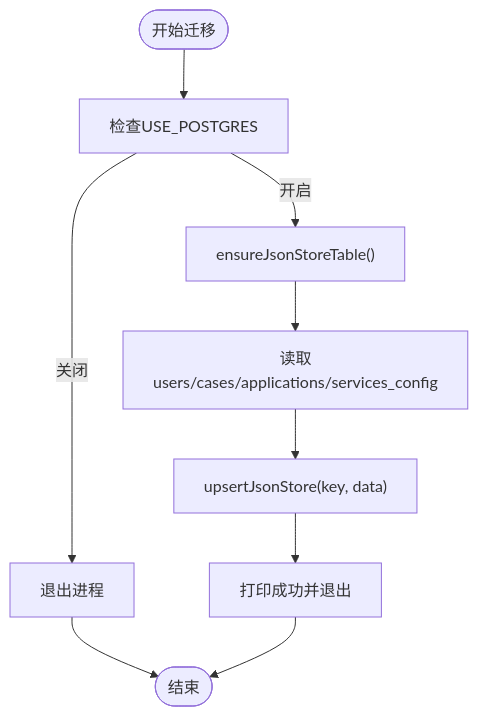
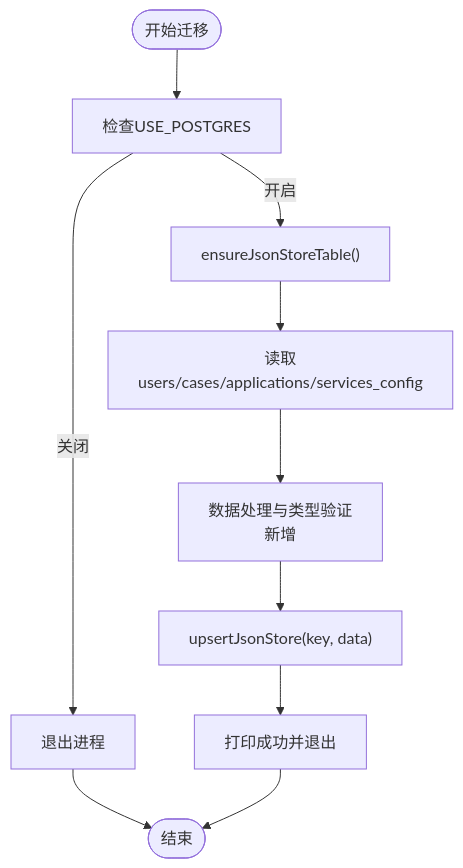
Before and after one commit to Giraffe-Han/microAPP: the fifth of 6 diagrams in .qoder/repowiki/zh/content/后端服务架构/数据存储系统/PostgreSQL数据库集成.md, drawn with Mermaid. The commit also changed other lines of this file and 42 other files, not shown here.

````diff
--- a/.qoder/repowiki/zh/content/后端服务架构/数据存储系统/PostgreSQL数据库集成.md
+++ b/.qoder/repowiki/zh/content/后端服务架构/数据存储系统/PostgreSQL数据库集成.md
@@ -211,11 +222,12 @@
 ```mermaid
 flowchart TD
 MStart(["开始迁移"]) --> CheckFlag["检查USE_POSTGRES"]
 CheckFlag --> |关闭| Abort["退出进程"]
 CheckFlag --> |开启| EnsureTbl["ensureJsonStoreTable()"]
 EnsureTbl --> ReadFiles["读取users/cases/applications/services_config"]
-ReadFiles --> Upsert["upsertJsonStore(key, data)"]
+ReadFiles --> ProcessData["数据处理与类型验证<br/>新增"]
+ProcessData --> Upsert["upsertJsonStore(key, data)"]
 Upsert --> Done["打印成功并退出"]
 Abort --> End(["结束"])
 Done --> End
 ```
````
